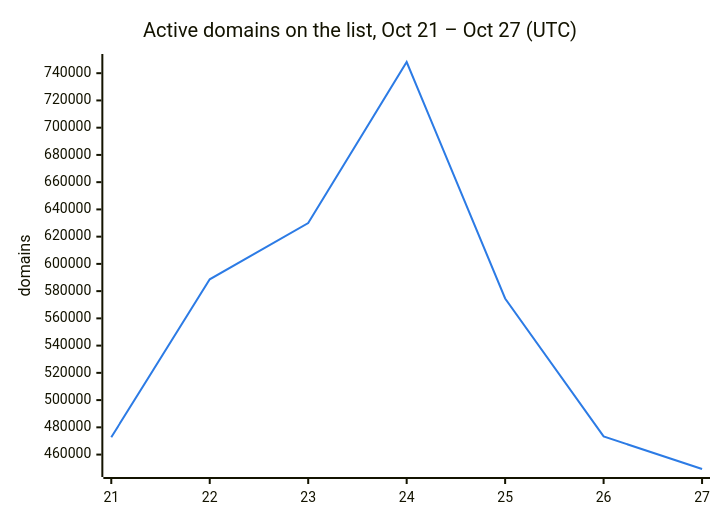
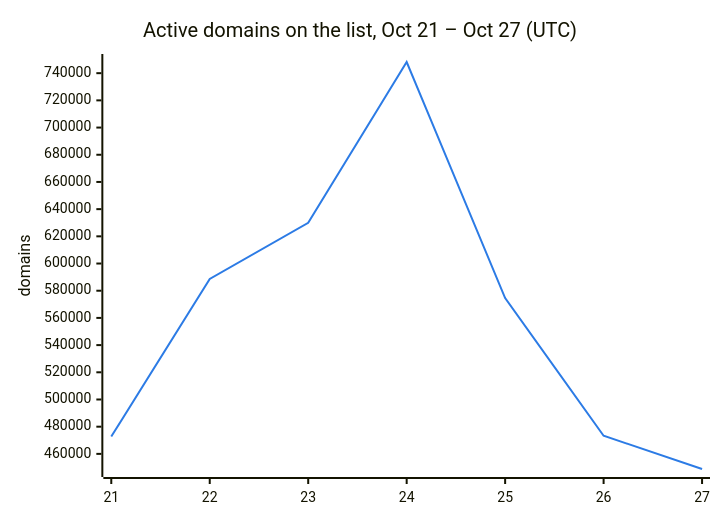
One commit to DNSBunker/CTI changed the second of 3 diagrams in README.md. Above: the diagram before and after it, drawn with Mermaid. The commit also changed other lines of this file and 3 other files, not shown here.

````diff
--- a/README.md
+++ b/README.md
@@ -38,8 +38,8 @@
 ```mermaid
 %%{init: {"themeVariables": {"xyChart": {"plotColorPalette": "#2c7be5"}}}}%%
 xychart-beta
     title "Active domains on the list, Oct 21 – Oct 27 (UTC)"
     x-axis ["21", "22", "23", "24", "25", "26", "27"]
     y-axis "domains"
-    line [472713, 588659, 629951, 748222, 574614, 473331, 449414]
+    line [472713, 588659, 629951, 748222, 574614, 473331, 448874]
 ```
````
